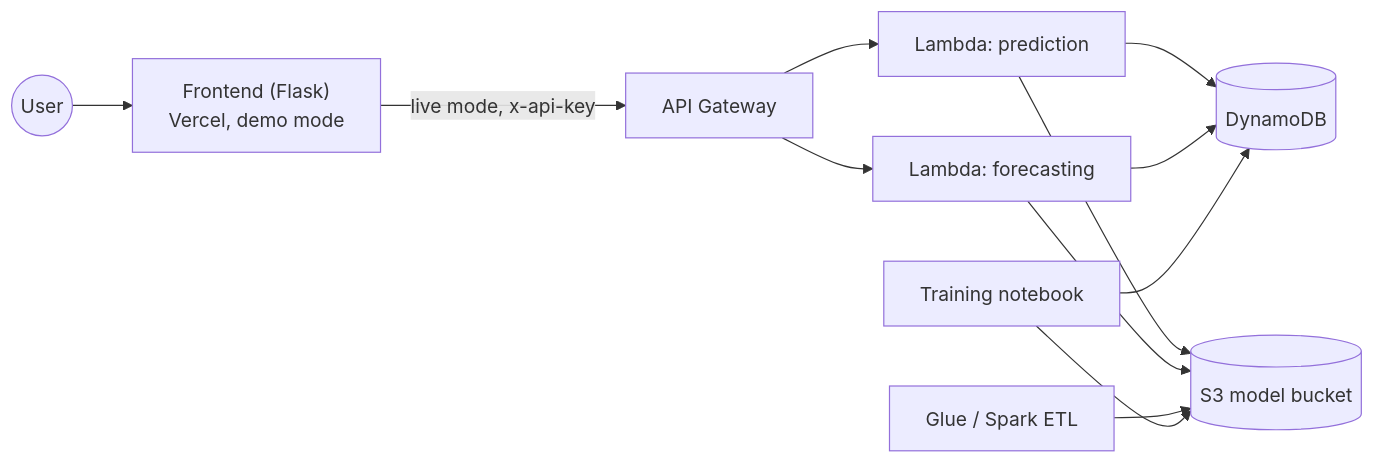
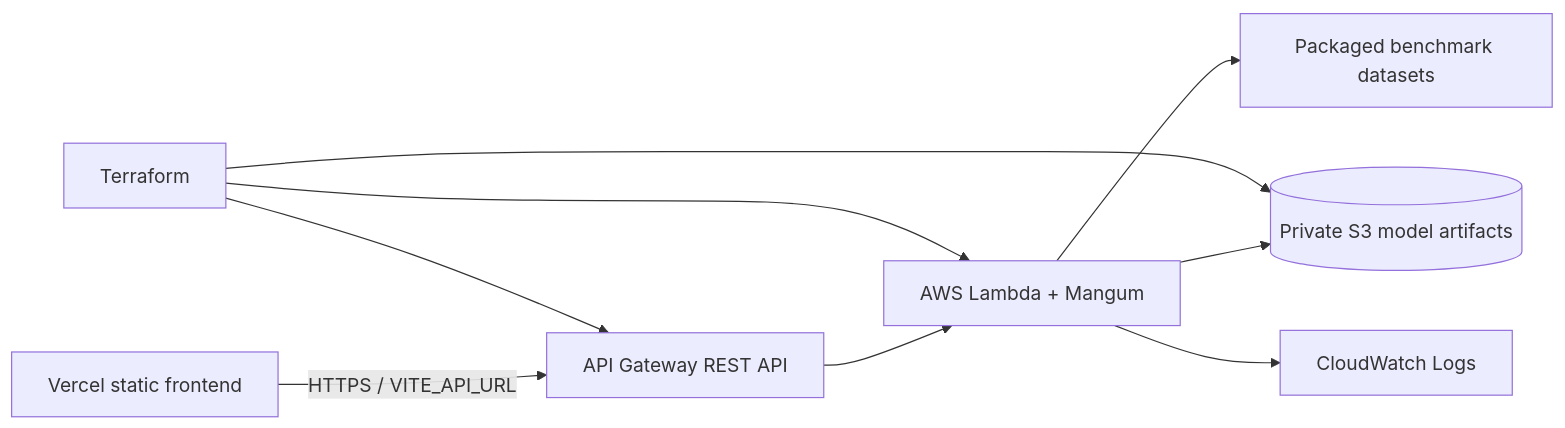
The second of 2 diagrams in README.md (cyctam/streamwise-cloud-ml), drawn with Mermaid before and after one commit. The commit also changed other lines of this file and 61 other files, not shown here.

Commit message:
feat: migrate to cloud-native architecture (FastAPI + React) and update Terraform infra

````diff
--- a/README.md
+++ b/README.md
@@ -11,14 +29,11 @@
 ```mermaid
 flowchart LR
-  User((User)) --> Web["Frontend (Flask)<br/>Vercel, demo mode"]
-  Web -- "live mode, x-api-key" --> APIGW[API Gateway]
-  APIGW --> L1[Lambda: prediction]
-  APIGW --> L2[Lambda: forecasting]
-  L1 --> DDB[(DynamoDB)]
-  L2 --> DDB
-  L1 --> S3[(S3 model bucket)]
-  L2 --> S3
-  Glue[Glue / Spark ETL] --> S3
-  NB[Training notebook] --> S3
-  NB --> DDB
+    V[Vercel static frontend] -->|HTTPS / VITE_API_URL| G[API Gateway REST API]
+    G --> L[AWS Lambda + Mangum]
+    L --> S[(Private S3 model artifacts)]
+    L --> D[Packaged benchmark datasets]
+    L --> C[CloudWatch Logs]
+    T[Terraform] --> G
+    T --> L
+    T --> S
 ```
````
